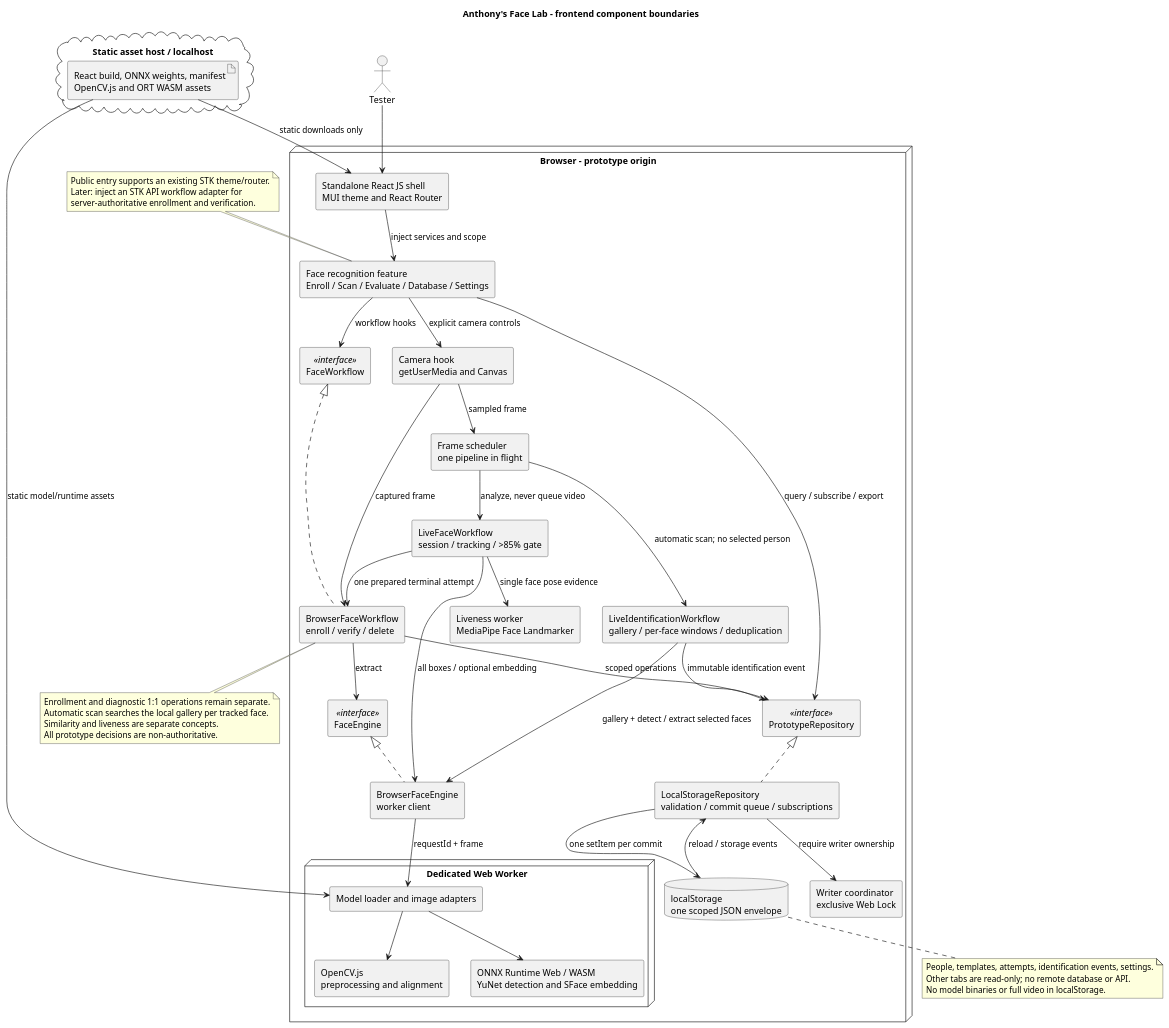
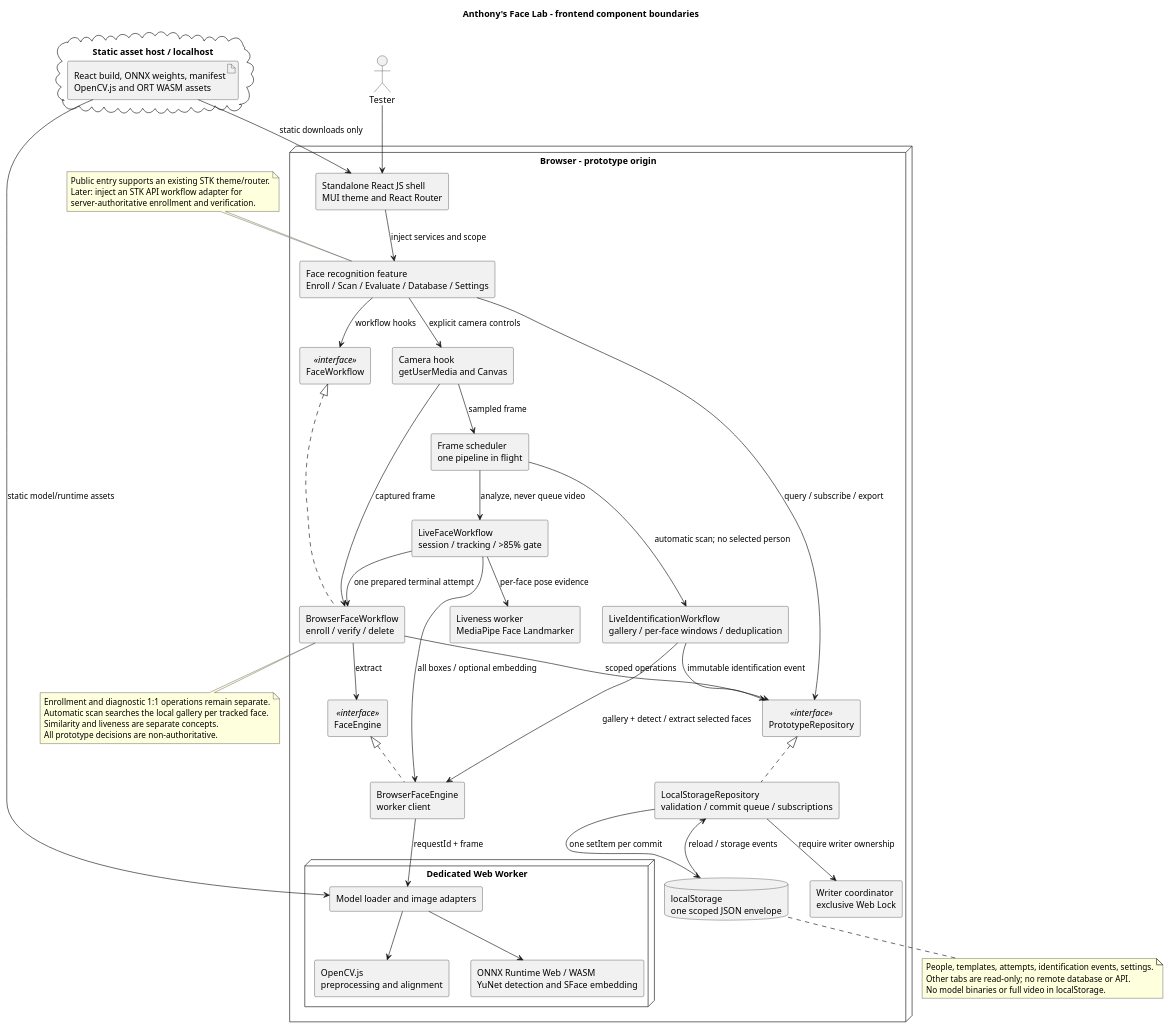
One commit to pixelDigitTony/face-recog-prototype changed the first of 14 diagrams in docs/STK_FACE_RECOGNITION_PROTOTYPE_UML.puml. Above: the diagram before and after it, drawn with PlantUML. The commit also changed other lines of this file and 65 other files, not shown here.

```diff
--- a/docs/STK_FACE_RECOGNITION_PROTOTYPE_UML.puml
+++ b/docs/STK_FACE_RECOGNITION_PROTOTYPE_UML.puml
@@ -5,81 +5,81 @@
 @startuml stk_face_prototype_components
 title Anthony's Face Lab - frontend component boundaries
 top to bottom direction
 skinparam componentStyle rectangle
 skinparam shadowing false
 
 actor Tester
 cloud "Static asset host / localhost" as Assets {
   artifact "React build, ONNX weights, manifest\nOpenCV.js and ORT WASM assets" as Files
 }
 
 node "Browser - prototype origin" as Browser {
   component "Standalone React JS shell\nMUI theme and React Router" as Shell
   component "Face recognition feature\nEnroll / Scan / Evaluate / Database / Settings" as Feature
   component "FaceWorkflow" as WorkflowPort <<interface>>
   component "BrowserFaceWorkflow\nenroll / verify / delete" as Workflow
   component "PrototypeRepository" as RepositoryPort <<interface>>
   component "LocalStorageRepository\nvalidation / commit queue / subscriptions" as Repository
   component "Writer coordinator\nexclusive Web Lock" as Writer
   database "localStorage\none scoped JSON envelope" as Storage
   component "FaceEngine" as EnginePort <<interface>>
   component "BrowserFaceEngine\nworker client" as Engine
   component "Camera hook\ngetUserMedia and Canvas" as Camera
   component "LiveFaceWorkflow\nsession / tracking / >85% gate" as Live
   component "LiveIdentificationWorkflow\ngallery / per-face windows / deduplication" as Identify
   component "Frame scheduler\none pipeline in flight" as Scheduler
   component "Liveness worker\nMediaPipe Face Landmarker" as Liveness
   node "Dedicated Web Worker" as Worker {
     component "Model loader and image adapters" as Adapters
     component "OpenCV.js\npreprocessing and alignment" as CV
     component "ONNX Runtime Web / WASM\nYuNet detection and SFace embedding" as ORT
   }
 }
 
 Tester --> Shell
 Shell --> Feature : inject services and scope
 Feature --> WorkflowPort : workflow hooks
 WorkflowPort <|.. Workflow
 Feature --> RepositoryPort : query / subscribe / export
 Feature --> Camera : explicit camera controls
 Camera --> Workflow : captured frame
 Camera --> Scheduler : sampled frame
 Scheduler --> Live : analyze, never queue video
 Scheduler --> Identify : automatic scan; no selected person
 Identify --> Engine : gallery + detect / extract selected faces
 Identify --> RepositoryPort : immutable identification event
 Live --> Engine : all boxes / optional embedding
-Live --> Liveness : single face pose evidence
+Live --> Liveness : per-face pose evidence
 Live --> Workflow : one prepared terminal attempt
 Workflow --> RepositoryPort : scoped operations
 RepositoryPort <|.. Repository
 Repository --> Writer : require writer ownership
 Repository --> Storage : one setItem per commit
 Storage --> Repository : reload / storage events
 Workflow --> EnginePort : extract
 EnginePort <|.. Engine
 Engine --> Adapters : requestId + frame
 Adapters --> CV
 Adapters --> ORT
 Files --> Shell : static downloads only
 Files --> Adapters : static model/runtime assets
 
 note bottom of Workflow
   Enrollment and diagnostic 1:1 operations remain separate.
   Automatic scan searches the local gallery per tracked face.
   Similarity and liveness are separate concepts.
   All prototype decisions are non-authoritative.
 end note
 
 note bottom of Storage
   People, templates, attempts, identification events, settings.
   Other tabs are read-only; no remote database or API.
   No model binaries or full video in localStorage.
 end note
 
 note top of Feature
   Public entry supports an existing STK theme/router.
   Later: inject an STK API workflow adapter for
   server-authoritative enrollment and verification.
 end note
 @enduml
```
